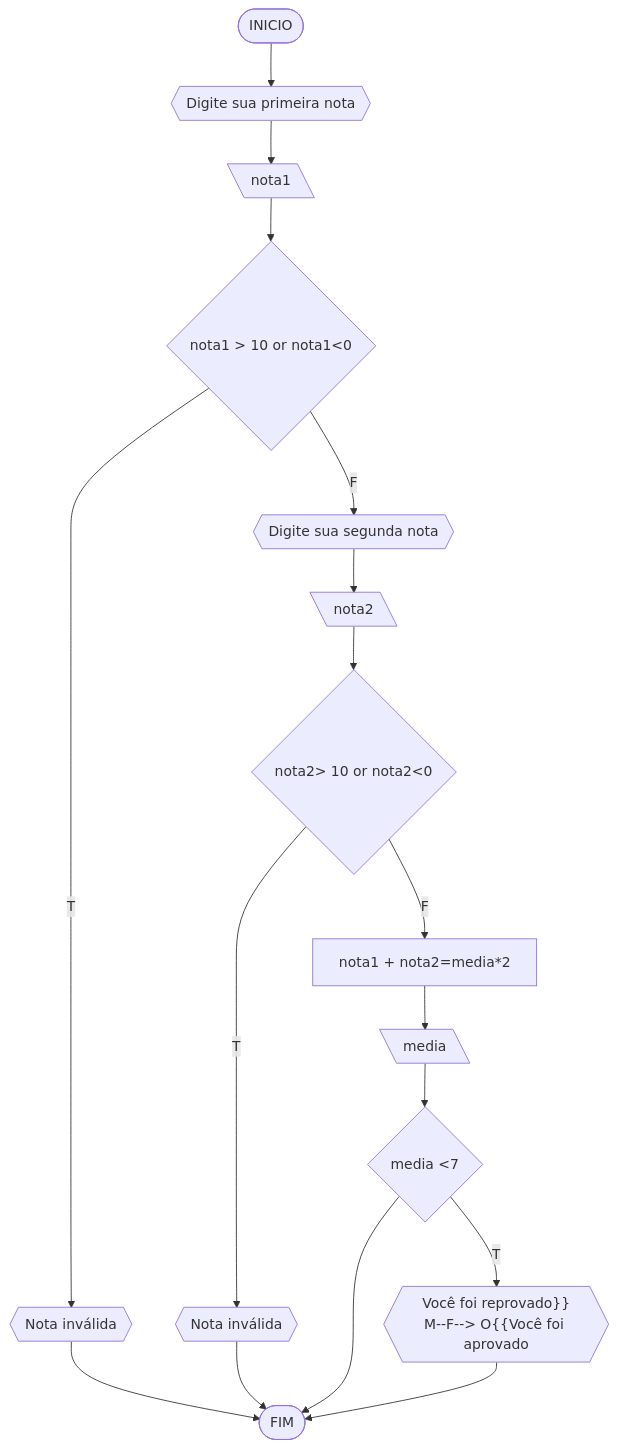
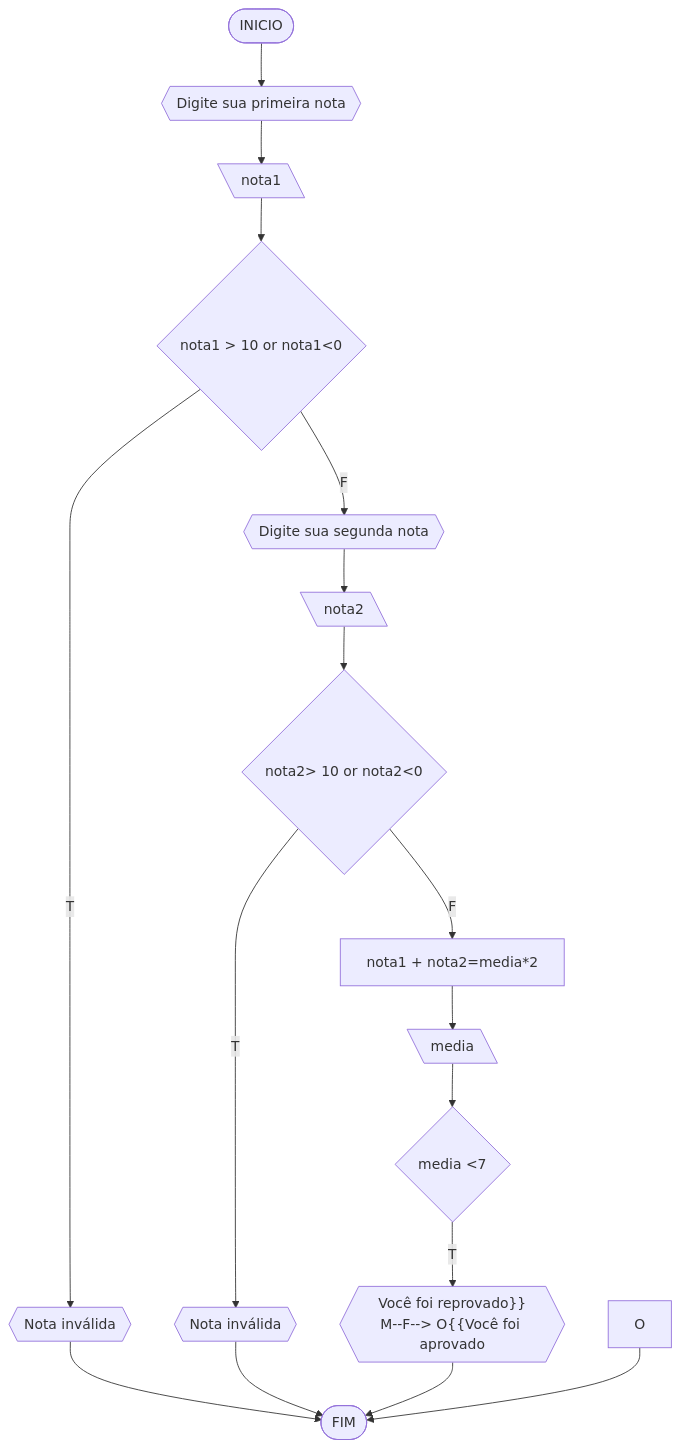
The third of 4 diagrams in codigos.md (MozillaFirefox/UNIFOR), drawn with Mermaid before and after one commit.

Commit message:
Flowchart do prob3

````diff
--- a/codigos.md
+++ b/codigos.md
@@ -111,20 +111,20 @@
 ```mermaid
 flowchart TD
 A([INICIO]) --> B{{"Digite sua primeira nota"}}
 B-->C[\nota1\]
 C-->D{nota1 > 10 or nota1<0}
 D--T--> E{{"Nota inválida"}}
 D--F--> F{{Digite sua segunda nota}}
 F--> G[\nota2\]
 G--> H{nota2> 10 or nota2<0}
 H--T--> I{{"Nota inválida"}}
 H--F-->J[nota1 + nota2=media*2]
 J--> L[\media\]
 L--> M{media <7}
 M--T--> N{{"Você foi reprovado}}
 M--F--> O{{"Você foi aprovado}}
 E-->P([FIM])
 I-->P
-M-->P
 N-->P
+O-->P
 ```
````
